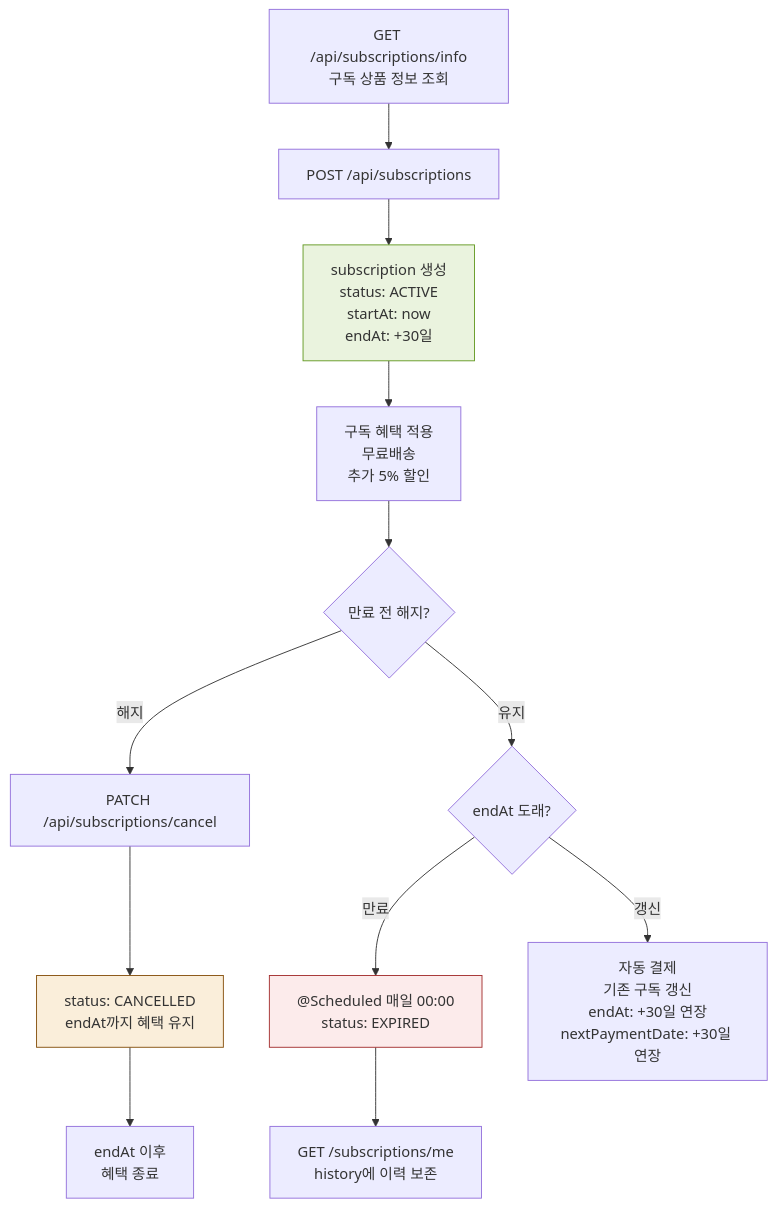
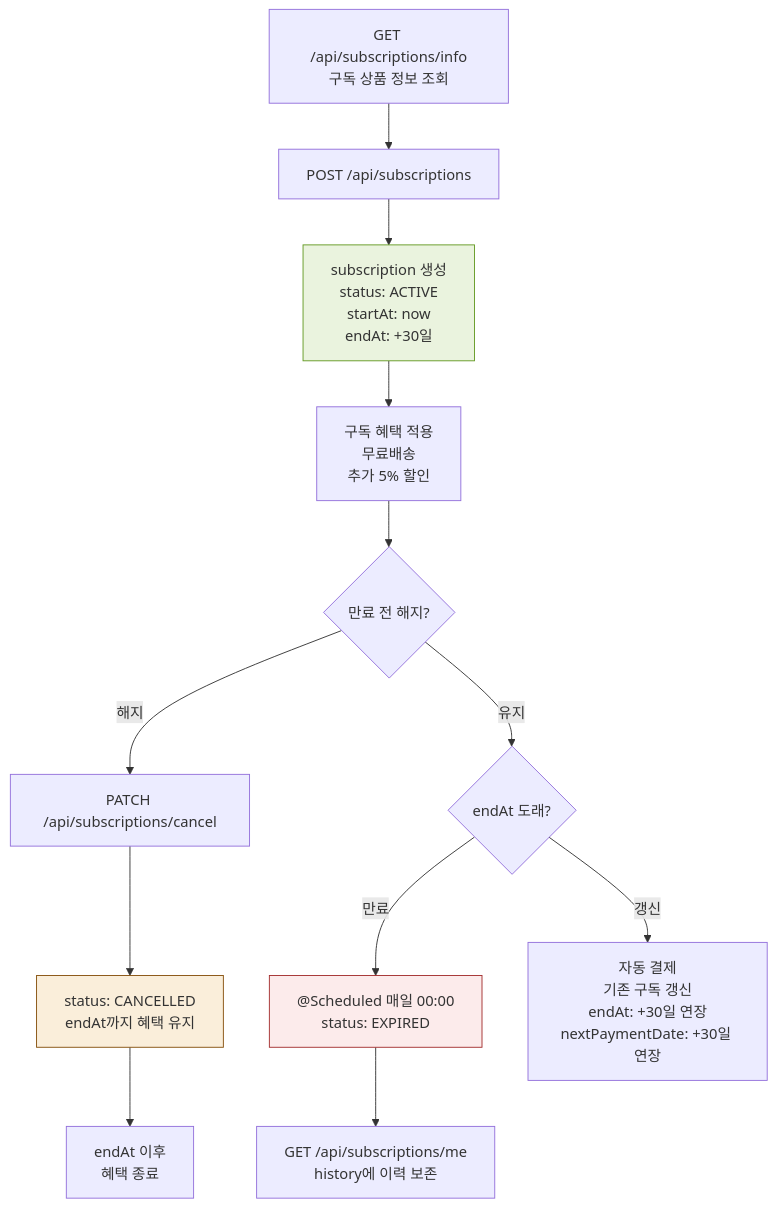
Diagram 15 of 21 in documents/business-flow/BusinessFlow.md (one-stop-project/one-stop-project-docs), drawn with Mermaid before and after one commit. The commit also changed other lines of this file and 6 other files, not shown here.

Commit message:
공통 문서(엔티티 관계도·에러코드·플로우·시퀀스) 코드 정합화 및 에러코드 레퍼런스 신설

````diff
--- a/documents/business-flow/BusinessFlow.md
+++ b/documents/business-flow/BusinessFlow.md
@@ -663,24 +663,24 @@
 ```Mermaid
 
 flowchart TD
     A["GET /api/subscriptions/info<br/>구독 상품 정보 조회"] --> B["POST /api/subscriptions"]
     B --> C["subscription 생성<br/>status: ACTIVE<br/>startAt: now<br/>endAt: +30일"]
 
     C --> D["구독 혜택 적용<br/>무료배송<br/>추가 5% 할인"]
 
     D --> E{만료 전 해지?}
     E -->|해지| F["PATCH /api/subscriptions/cancel"]
     F --> G["status: CANCELLED<br/>endAt까지 혜택 유지"]
 
     E -->|유지| H{"endAt 도래?"}
     H -->|만료| I["@Scheduled 매일 00:00<br/>status: EXPIRED"]
     H -->|갱신| J["자동 결제<br/>기존 구독 갱신<br/>endAt: +30일 연장<br/>nextPaymentDate: +30일 연장"]
 
     G --> K["endAt 이후<br/>혜택 종료"]
-    I --> L["GET /subscriptions/me<br/>history에 이력 보존"]
+    I --> L["GET /api/subscriptions/me<br/>history에 이력 보존"]
 
     style C fill:#EAF3DE,stroke:#639922
     style G fill:#FAEEDA,stroke:#854F0B
     style I fill:#FCEBEB,stroke:#A32D2D
 
 ```
````
